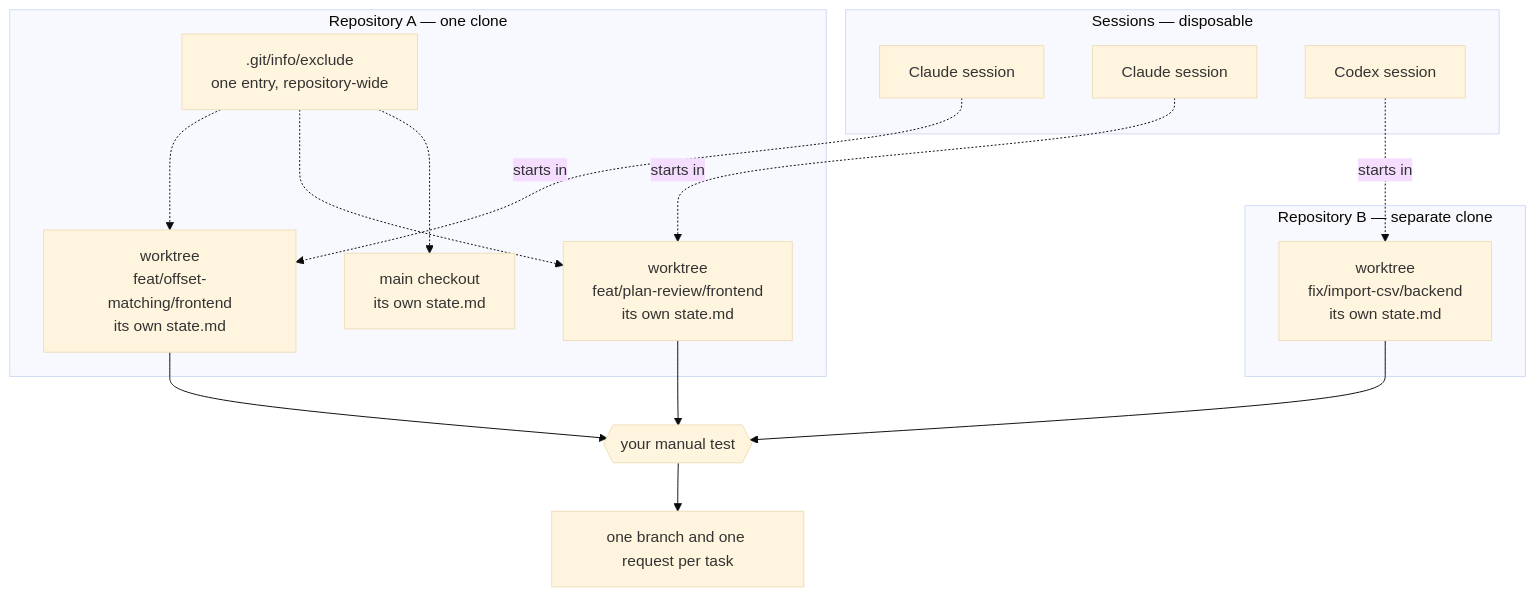
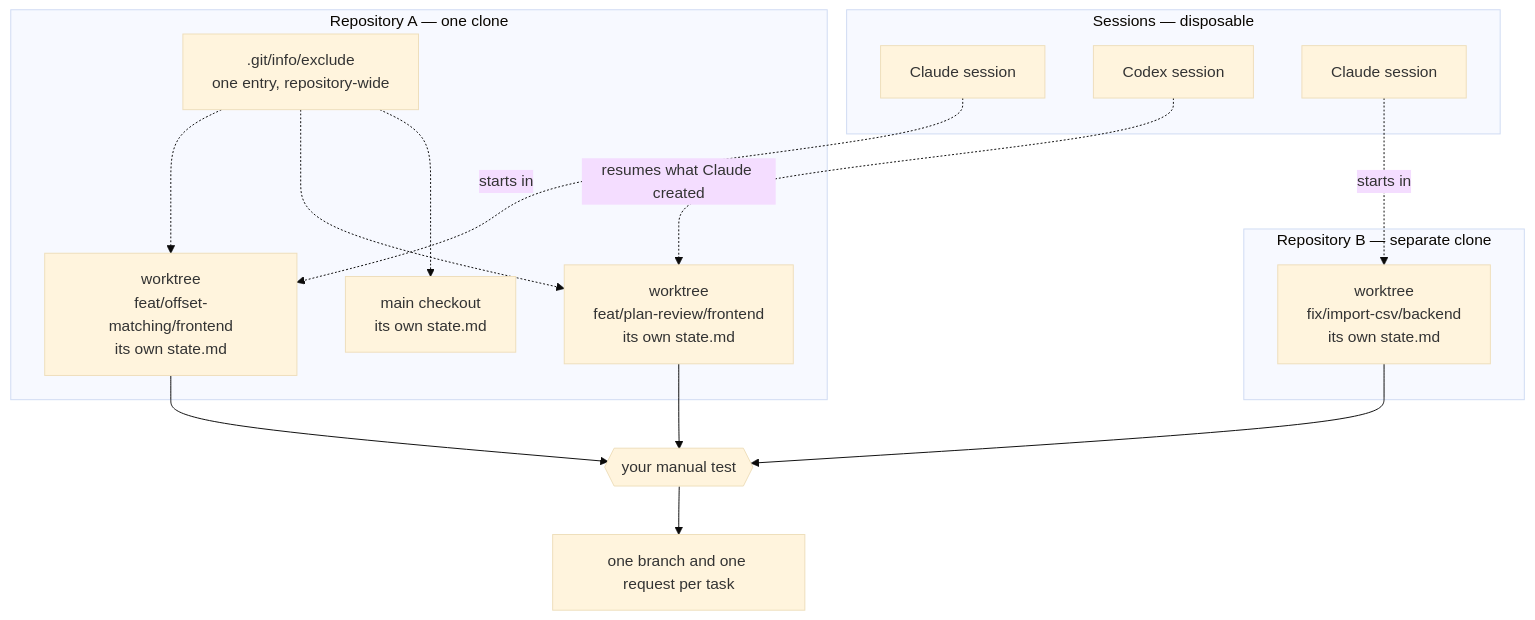
One commit to sherrilla71940/dotfiles changed the third of 3 diagrams in README.md. Above: the diagram before and after it, drawn with Mermaid (base theme). The commit also changed other lines of this file and 1 other file, not shown here.

````diff
--- a/README.md
+++ b/README.md
@@ -351,35 +356,35 @@
 ```mermaid
 flowchart TB
     subgraph live["Sessions — disposable"]
         s1["Claude session"]
-        s2["Claude session"]
-        s3["Codex session"]
+        s2["Codex session"]
+        s3["Claude session"]
     end
 
     subgraph repoA["Repository A — one clone"]
         wa1["worktree<br/>feat/offset-matching/frontend<br/>its own state.md"]
         wa2["worktree<br/>feat/plan-review/frontend<br/>its own state.md"]
         ma["main checkout<br/>its own state.md"]
         ex[".git/info/exclude<br/>one entry, repository-wide"]
     end
 
     subgraph repoB["Repository B — separate clone"]
         wb1["worktree<br/>fix/import-csv/backend<br/>its own state.md"]
     end
 
     s1 -.->|"starts in"| wa1
-    s2 -.->|"starts in"| wa2
+    s2 -.->|"resumes what Claude created"| wa2
     s3 -.->|"starts in"| wb1
 
     ex -.-> wa1
     ex -.-> wa2
     ex -.-> ma
 
     gate{{"your manual test"}}
     out["one branch and one request per task"]
 
     wa1 --> gate
     wa2 --> gate
     wb1 --> gate
     gate --> out
 ```
````
